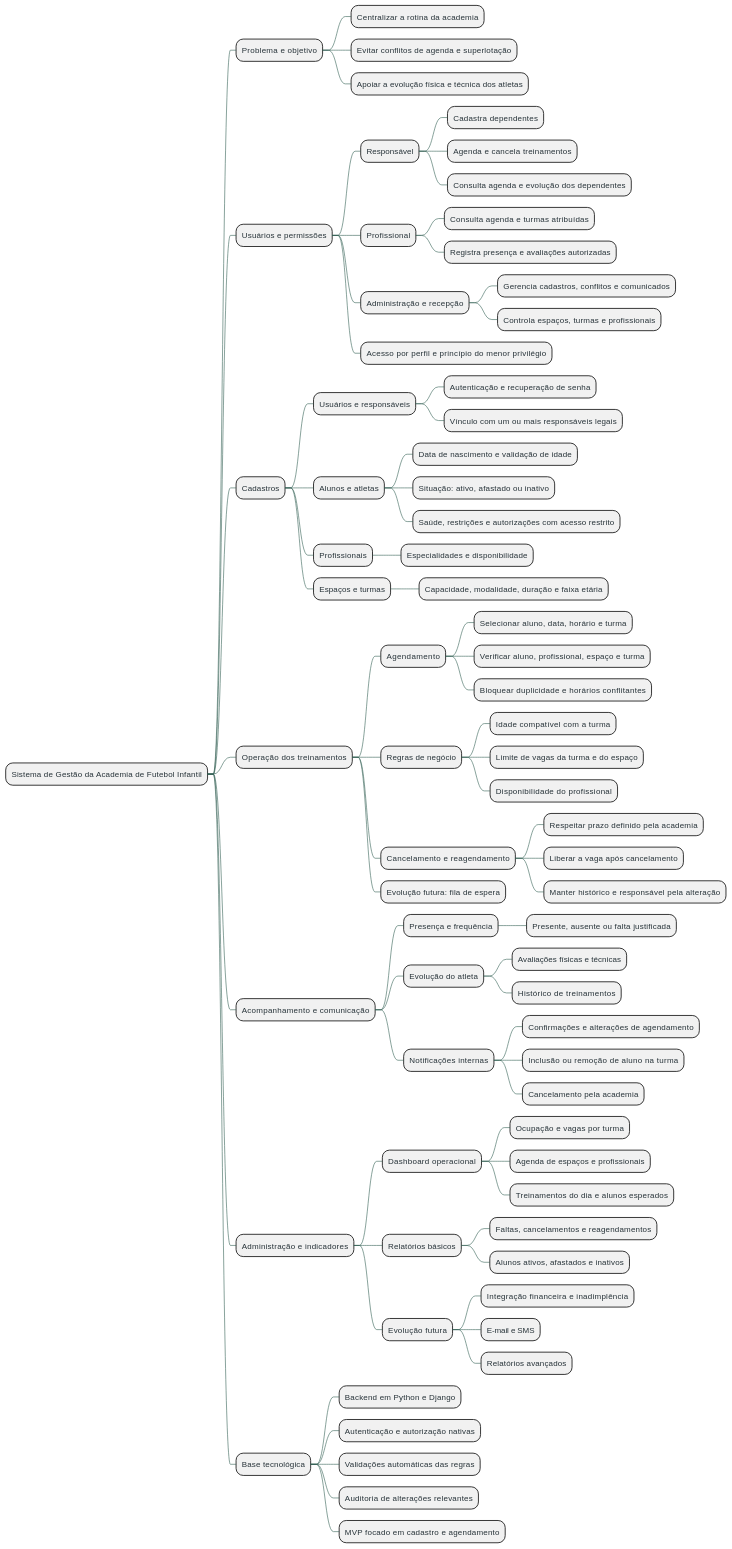
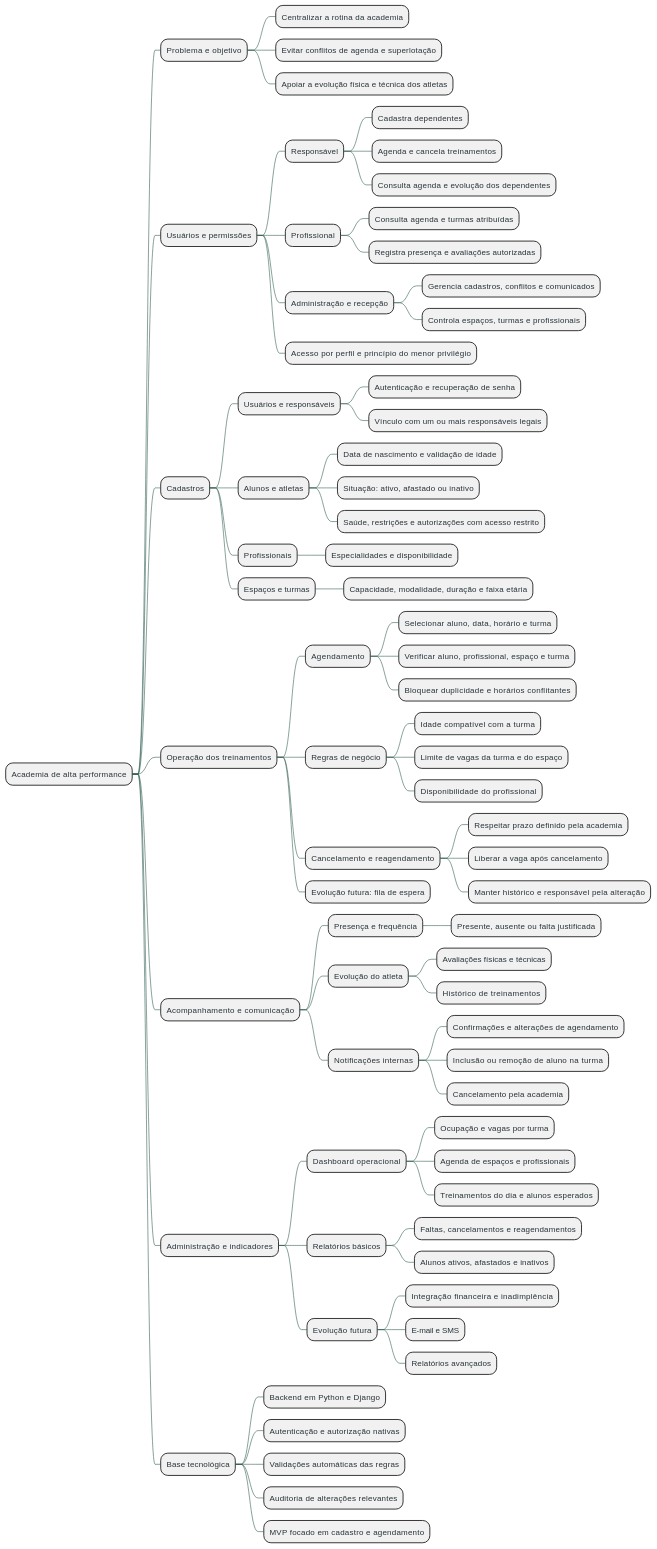
Before and after one commit to Projetos-de-Extensao/PBE_26.2_8002_II: the diagram in docs/Iniciacao/mapa_mental.md, drawn with PlantUML.

Commit message:
corrigir nome do sistema no mapa mental

```diff
--- a/docs/Iniciacao/mapa_mental.md
+++ b/docs/Iniciacao/mapa_mental.md
@@ -38,7 +38,7 @@
 skinparam NodeFontSize 14
 skinparam NodeFontColor #263238
 
-* Sistema de Gestão da Academia de Futebol Infantil
+* Academia de alta performance
 ** Problema e objetivo
 *** Centralizar a rotina da academia
 *** Evitar conflitos de agenda e superlotação
```
